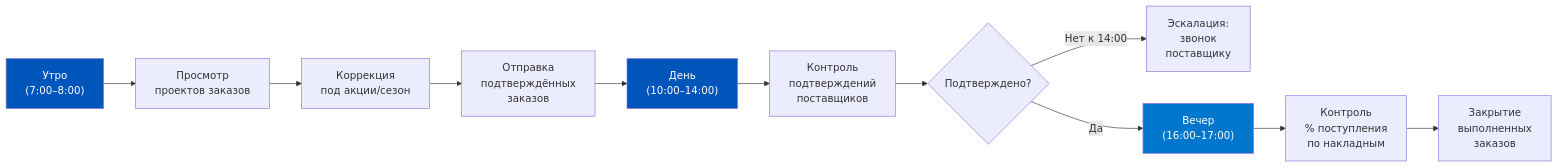
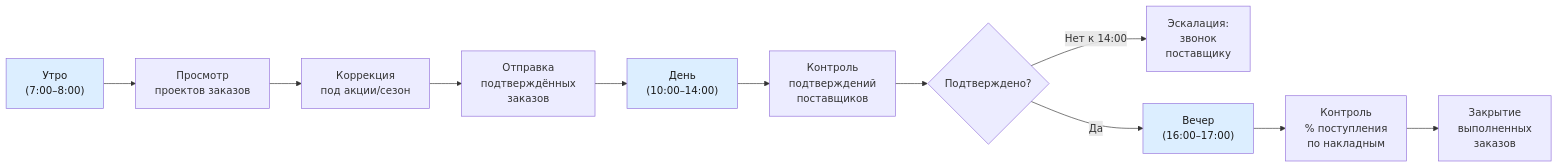
Before and after one commit to murad1986/1c-erp-quartz: the fifth of 5 diagrams in content/1c-erp/week_3/Неделя 3 - День 5 - Мониторинг заказов.md, drawn with Mermaid. The commit also changed other lines of this file and 57 other files, not shown here.

First line of the commit message:
fix: Mermaid — пастельные цвета в источниках диаграмм (56 файлов)

````diff
--- a/content/1c-erp/week_3/Неделя 3 - День 5 - Мониторинг заказов.md
+++ b/content/1c-erp/week_3/Неделя 3 - День 5 - Мониторинг заказов.md
@@ -483,17 +483,17 @@
 ```mermaid
 flowchart LR
     A["Утро<br/>(7:00–8:00)"] --> B["Просмотр<br/>проектов заказов"]
     B --> C["Коррекция<br/>под акции/сезон"]
     C --> D["Отправка<br/>подтверждённых<br/>заказов"]
     D --> E["День<br/>(10:00–14:00)"]
     E --> F["Контроль<br/>подтверждений<br/>поставщиков"]
     F --> G{Подтверждено?}
     G -->|Нет к 14:00| H["Эскалация:<br/>звонок<br/>поставщику"]
     G -->|Да| I["Вечер<br/>(16:00–17:00)"]
     I --> J["Контроль<br/>% поступления<br/>по накладным"]
     J --> K["Закрытие<br/>выполненных<br/>заказов"]
 
-    style A fill:#0055BB,color:#fff
-    style E fill:#0055BB,color:#fff
-    style I fill:#0077CC,color:#fff
+    style A fill:#dceeff,color:#1a1a1a
+    style E fill:#dceeff,color:#1a1a1a
+    style I fill:#dceeff,color:#1a1a1a
 ```
````
